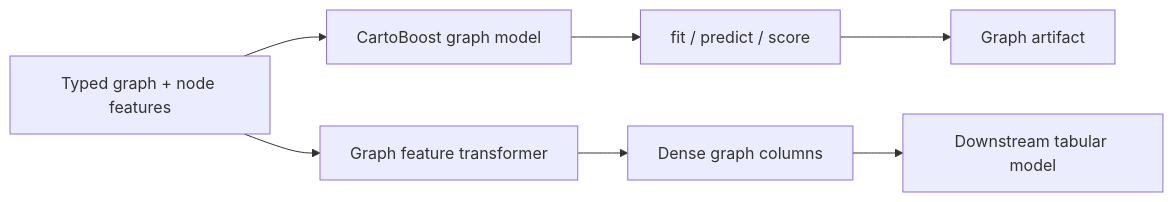
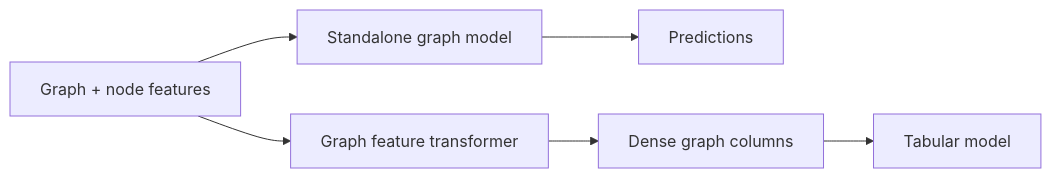
One commit to TheCulliganMan/CartoBoost changed the diagram in docs/graph-features.md. Above: the diagram before and after it, drawn with Mermaid. The commit also changed other lines of this file and 373 other files, not shown here.

````diff
--- a/docs/graph-features.md
+++ b/docs/graph-features.md
@@ -20,10 +19,8 @@
 ```mermaid
 flowchart LR
-    A["Typed graph + node features"] --> B["CartoBoost graph model"]
-    B --> C["fit / predict / score"]
-    C --> D["Graph artifact"]
-
-    A --> E["Graph feature transformer"]
-    E --> F["Dense graph columns"]
-    F --> G["Downstream tabular model"]
+    A["Graph + node features"] --> B["Standalone graph model"]
+    B --> C["Predictions"]
+    A --> D["Graph feature transformer"]
+    D --> E["Dense graph columns"]
+    E --> F["Tabular model"]
 ```
````
